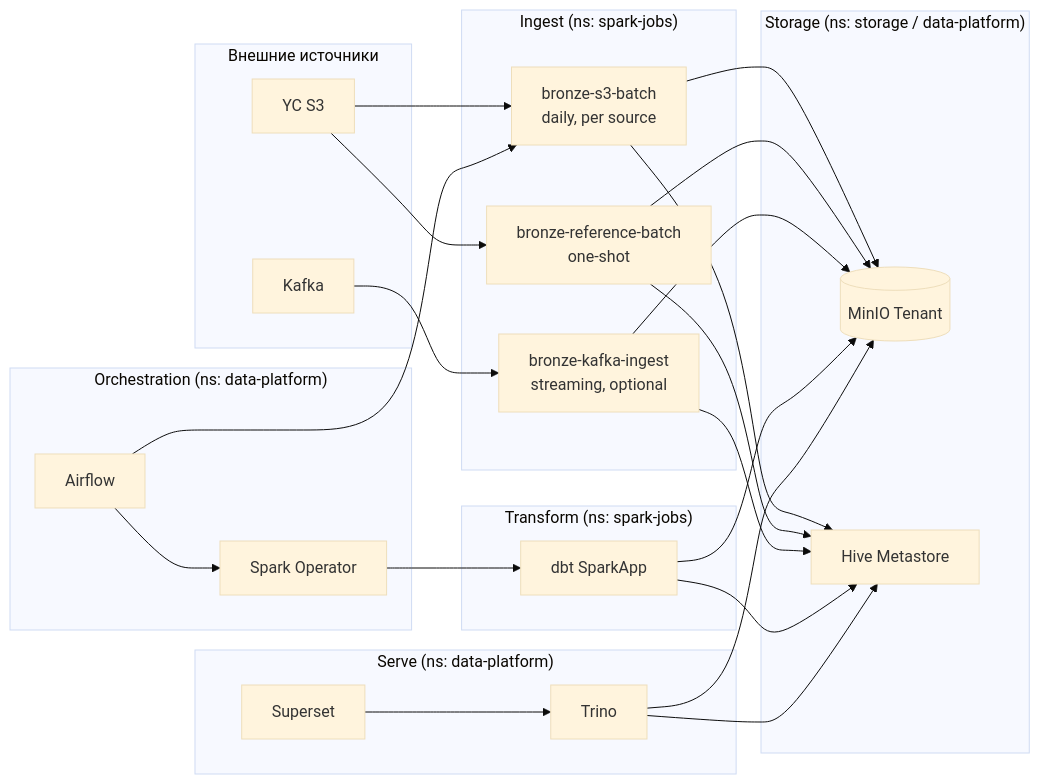
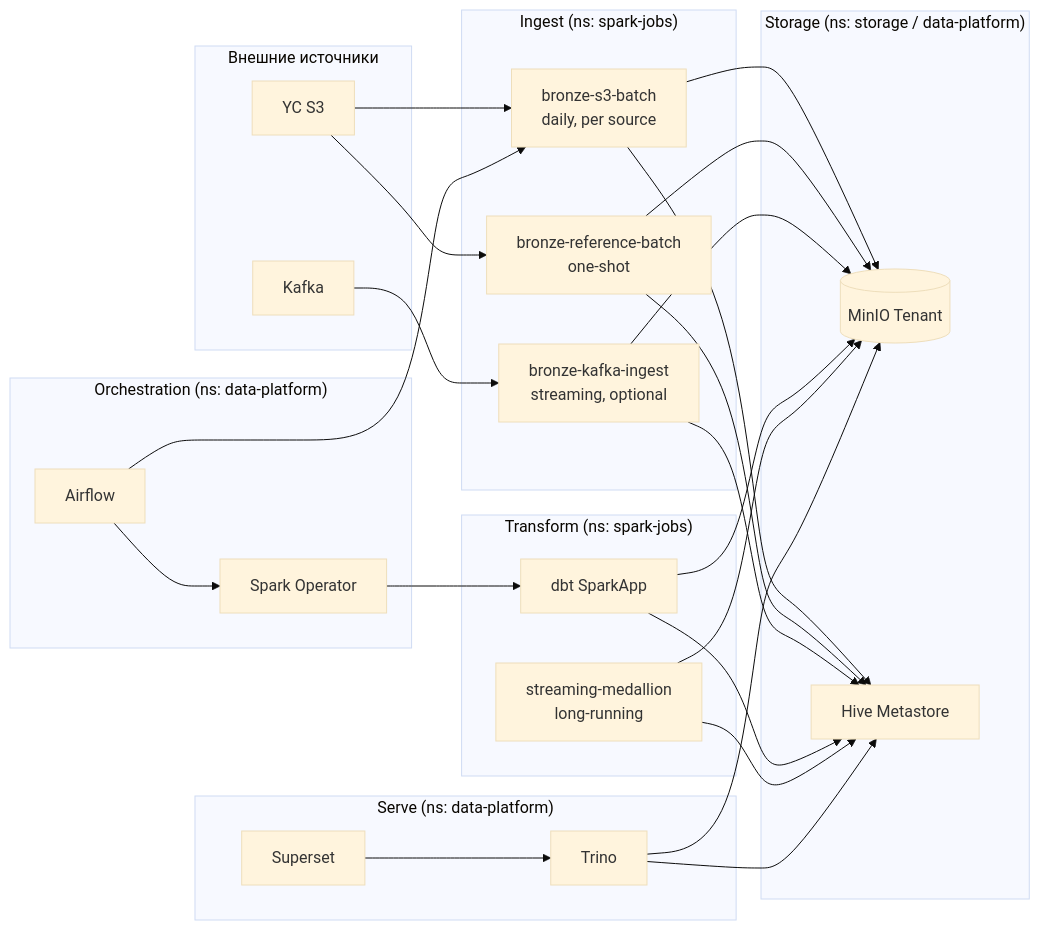
Before and after one commit to Alexey-Samodurov/newprolab-de-lab08: the second of 11 diagrams in docs/01-detailed-architecture.md, drawn with Mermaid (base theme). The commit also changed other lines of this file and 1 other file, not shown here.

First line of the commit message:
docs: add streaming medallion design and remove unused Spark utils

````diff
--- a/docs/01-detailed-architecture.md
+++ b/docs/01-detailed-architecture.md
@@ -43,51 +43,54 @@
 ```mermaid
 flowchart LR
     subgraph Ext["Внешние источники"]
         YCS3[YC S3]
         KFK[Kafka]
     end
 
     subgraph Ingest["Ingest (ns: spark-jobs)"]
         S3B[bronze-s3-batch<br/>daily, per source]
         REF[bronze-reference-batch<br/>one-shot]
         KS[bronze-kafka-ingest<br/>streaming, optional]
     end
 
     subgraph Storage["Storage (ns: storage / data-platform)"]
         MinIO[(MinIO Tenant)]
         HMS[Hive Metastore]
     end
 
     subgraph Transform["Transform (ns: spark-jobs)"]
         DBT[dbt SparkApp]
+        SM[streaming-medallion<br/>long-running]
     end
 
     subgraph Serve["Serve (ns: data-platform)"]
         Trino[Trino]
         SS[Superset]
     end
 
     subgraph Orchestration["Orchestration (ns: data-platform)"]
         AF[Airflow]
         SO[Spark Operator]
     end
 
     YCS3 --> S3B
     YCS3 --> REF
     KFK --> KS
     S3B --> MinIO
     REF --> MinIO
     KS --> MinIO
     S3B --> HMS
     REF --> HMS
     KS --> HMS
 
     AF --> SO --> DBT
     AF --> S3B
     DBT --> MinIO
     DBT --> HMS
+    SM --> MinIO
+    SM --> HMS
 
     Trino --> HMS
     Trino --> MinIO
     SS --> Trino
 ```
````
